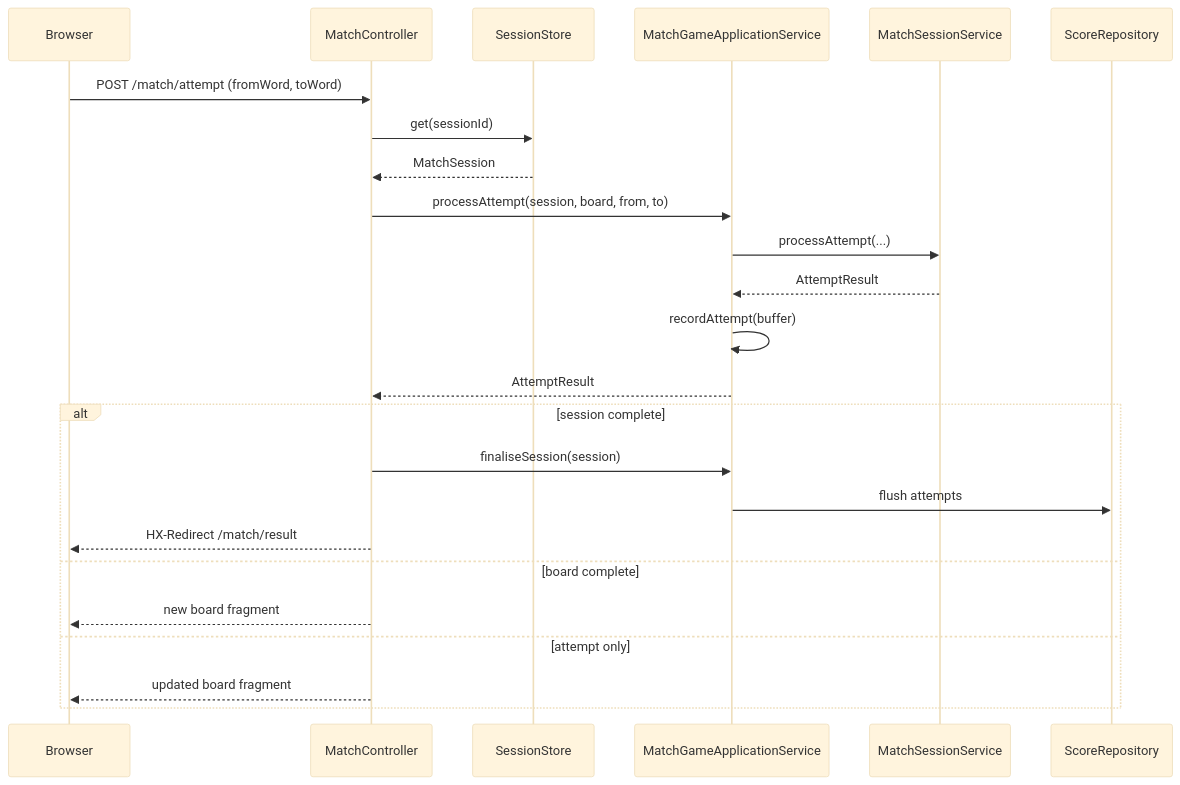
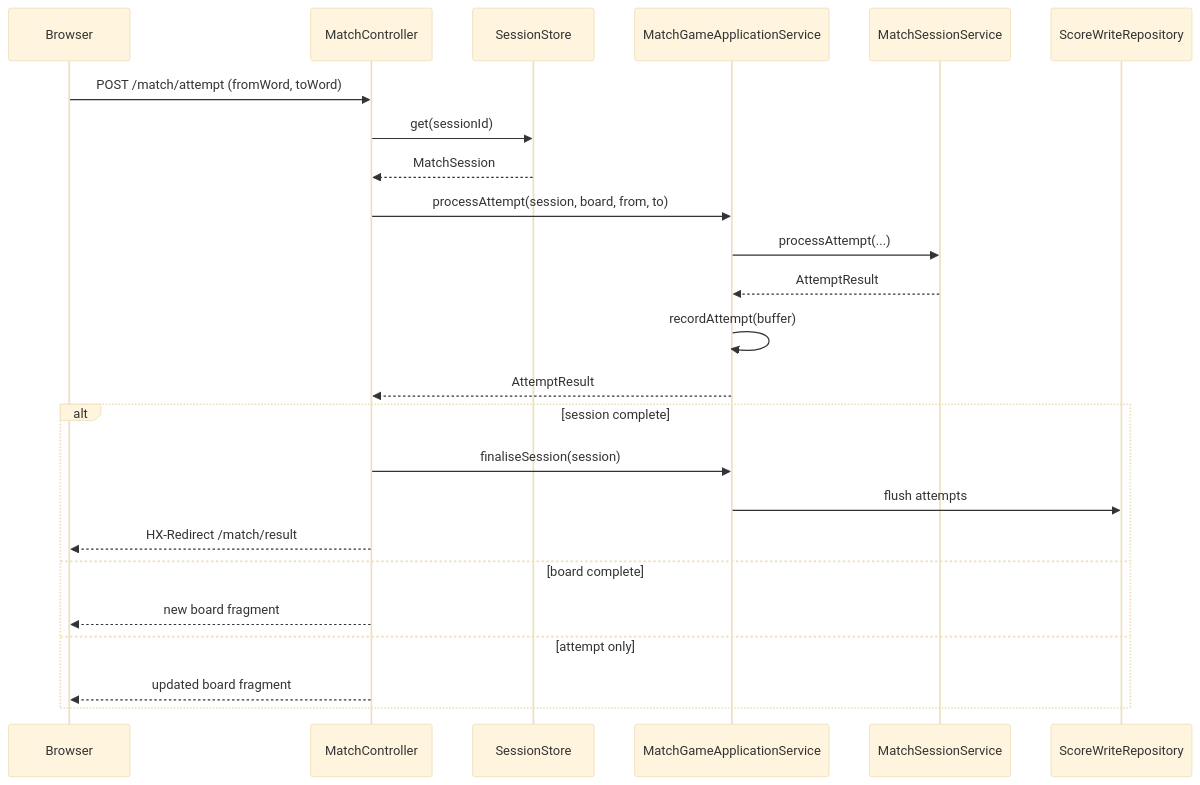
Before and after one commit to yodaWife/easy-language-learning: the second of 2 diagrams in docs/developer-guide.md, drawn with Mermaid (base theme). The commit also changed other lines of this file and 17 other files, not shown here.

````diff
--- a/docs/developer-guide.md
+++ b/docs/developer-guide.md
@@ -66,28 +68,28 @@
 ```mermaid
 sequenceDiagram
     participant Browser
     participant MatchController
     participant SessionStore
     participant MatchGameApplicationService
     participant MatchSessionService
-    participant ScoreRepository
+    participant ScoreWriteRepository
 
     Browser->>MatchController: POST /match/attempt (fromWord, toWord)
     MatchController->>SessionStore: get(sessionId)
     SessionStore-->>MatchController: MatchSession
     MatchController->>MatchGameApplicationService: processAttempt(session, board, from, to)
     MatchGameApplicationService->>MatchSessionService: processAttempt(...)
     MatchSessionService-->>MatchGameApplicationService: AttemptResult
     MatchGameApplicationService->>MatchGameApplicationService: recordAttempt(buffer)
     MatchGameApplicationService-->>MatchController: AttemptResult
 
     alt session complete
         MatchController->>MatchGameApplicationService: finaliseSession(session)
-        MatchGameApplicationService->>ScoreRepository: flush attempts
+        MatchGameApplicationService->>ScoreWriteRepository: flush attempts
         MatchController-->>Browser: HX-Redirect /match/result
     else board complete
         MatchController-->>Browser: new board fragment
     else attempt only
         MatchController-->>Browser: updated board fragment
     end
 ```
````
